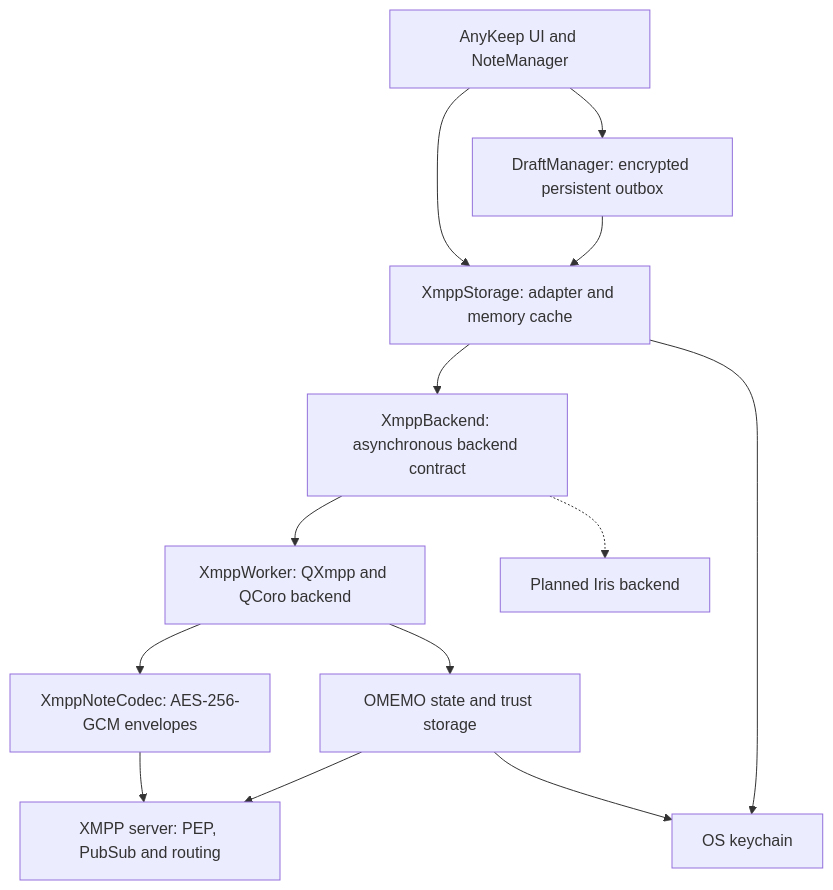
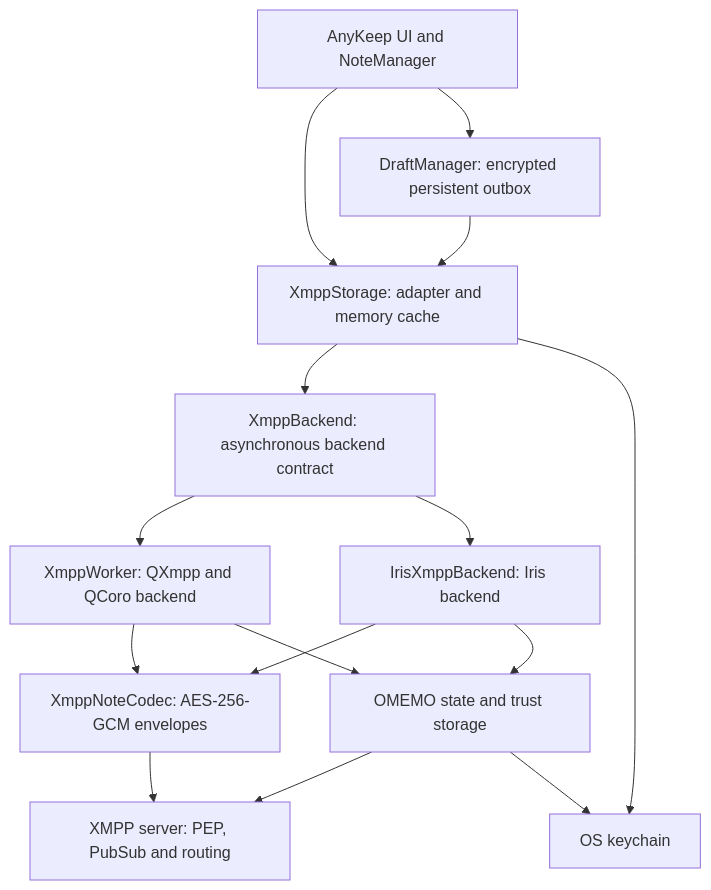
The first of 6 diagrams in plugins/xmpppubsub/README.md (Ri0n/AnyKeep), drawn with Mermaid before and after one commit. The commit also changed other lines of this file and 36 other files, not shown here.

Commit message:
Added iris xmpp backend

````diff
--- a/plugins/xmpppubsub/README.md
+++ b/plugins/xmpppubsub/README.md
@@ -115,26 +140,28 @@
 ```mermaid
 graph TD;
     UI["AnyKeep UI and NoteManager"];
     OUTBOX["DraftManager: encrypted persistent outbox"];
     STORAGE["XmppStorage: adapter and memory cache"];
     API["XmppBackend: asynchronous backend contract"];
     QXMPP["XmppWorker: QXmpp and QCoro backend"];
-    IRIS["Planned Iris backend"];
+    IRIS["IrisXmppBackend: Iris backend"];
     CODEC["XmppNoteCodec: AES-256-GCM envelopes"];
     OMEMO["OMEMO state and trust storage"];
     KEYCHAIN["OS keychain"];
     SERVER["XMPP server: PEP, PubSub and routing"];
 
     UI --> STORAGE;
     UI --> OUTBOX;
     OUTBOX --> STORAGE;
     STORAGE --> API;
     API --> QXMPP;
-    API -.-> IRIS;
+    API --> IRIS;
     QXMPP --> CODEC;
+    IRIS --> CODEC;
     QXMPP --> OMEMO;
+    IRIS --> OMEMO;
     CODEC --> SERVER;
     OMEMO --> SERVER;
     STORAGE --> KEYCHAIN;
     OMEMO --> KEYCHAIN;
 ```
````
